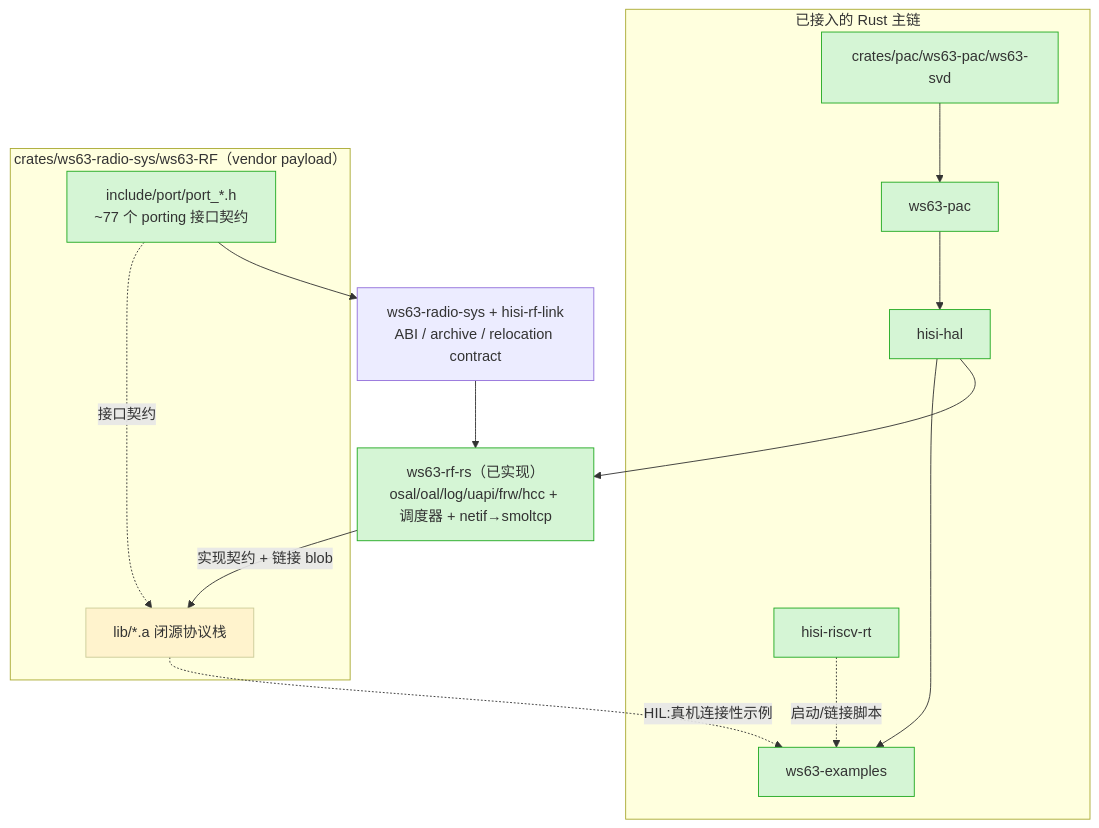
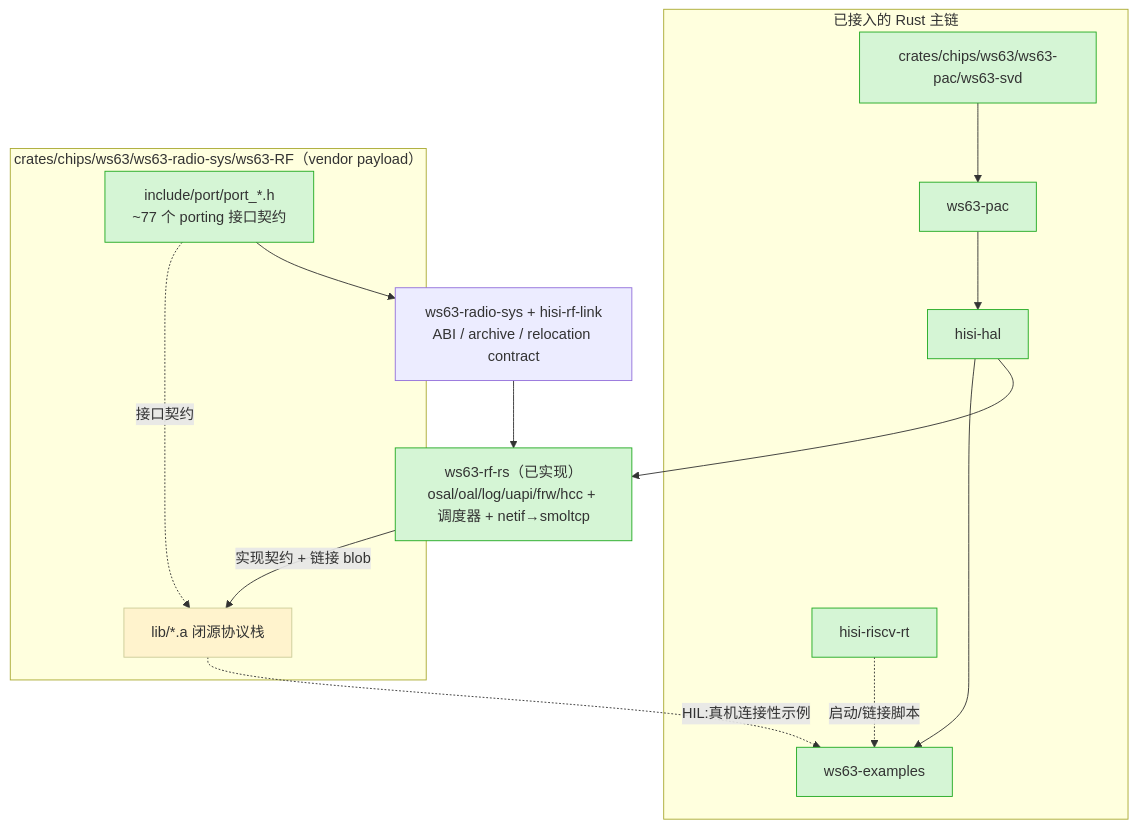
One commit to hispark-rs/hisi-riscv-rs changed the diagram in docs/src/explanation/components/09-ws63-rf.md. Above: the diagram before and after it, drawn with Mermaid. The commit also changed other lines of this file and 54 other files, not shown here.

````diff
--- a/docs/src/explanation/components/09-ws63-rf.md
+++ b/docs/src/explanation/components/09-ws63-rf.md
@@ -23,26 +23,26 @@
 ```mermaid
 graph TD
     subgraph 主链["已接入的 Rust 主链"]
-        SVD[crates/pac/ws63-pac/ws63-svd] --> PAC[ws63-pac]
+        SVD[crates/chips/ws63/ws63-pac/ws63-svd] --> PAC[ws63-pac]
         PAC --> HAL[hisi-hal]
         HAL --> EX[ws63-examples]
         RT[hisi-riscv-rt] -.启动/链接脚本.-> EX
     end
-    subgraph RF["crates/ws63-radio-sys/ws63-RF（vendor payload）"]
+    subgraph RF["crates/chips/ws63/ws63-radio-sys/ws63-RF（vendor payload）"]
         BLOB["lib/*.a 闭源协议栈"]
         PORT["include/port/port_*.h<br/>~77 个 porting 接口契约"]
         PORT -.接口契约.-> BLOB
     end
     SYS["ws63-radio-sys + hisi-rf-link<br/>ABI / archive / relocation contract"]
     PLATFORM["ws63-rf-rs（已实现）<br/>osal/oal/log/uapi/frw/hcc + 调度器 + netif→smoltcp"]
     HAL --> PLATFORM
     PORT --> SYS
     SYS --> PLATFORM
     PLATFORM -->|实现契约 + 链接 blob| BLOB
     BLOB -.HIL:真机连接性示例.-> EX
 
     classDef done fill:#d5f5d5,stroke:#2a2;
     classDef hil fill:#fff3cd,stroke:#cc9;
     class SVD,PAC,HAL,EX,RT,PORT,PLATFORM done;
     class BLOB hil;
 ```
````
